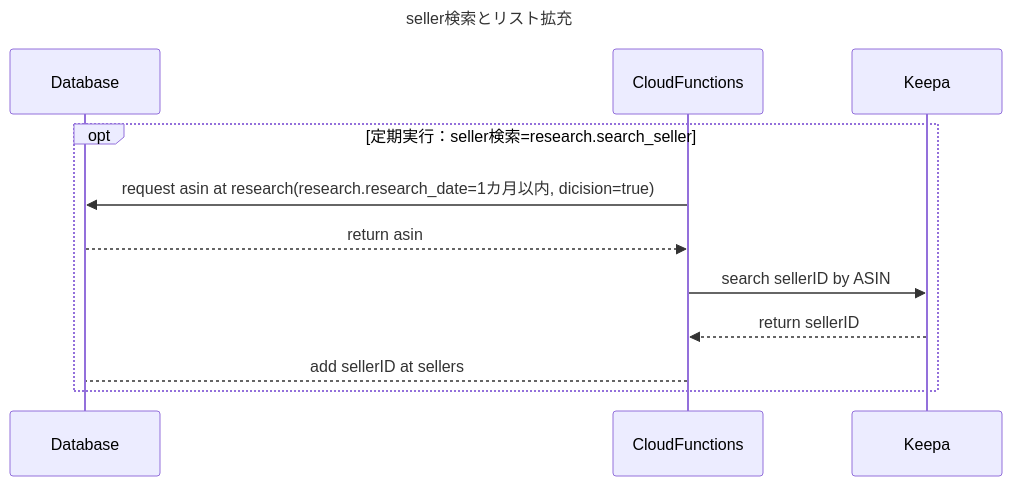
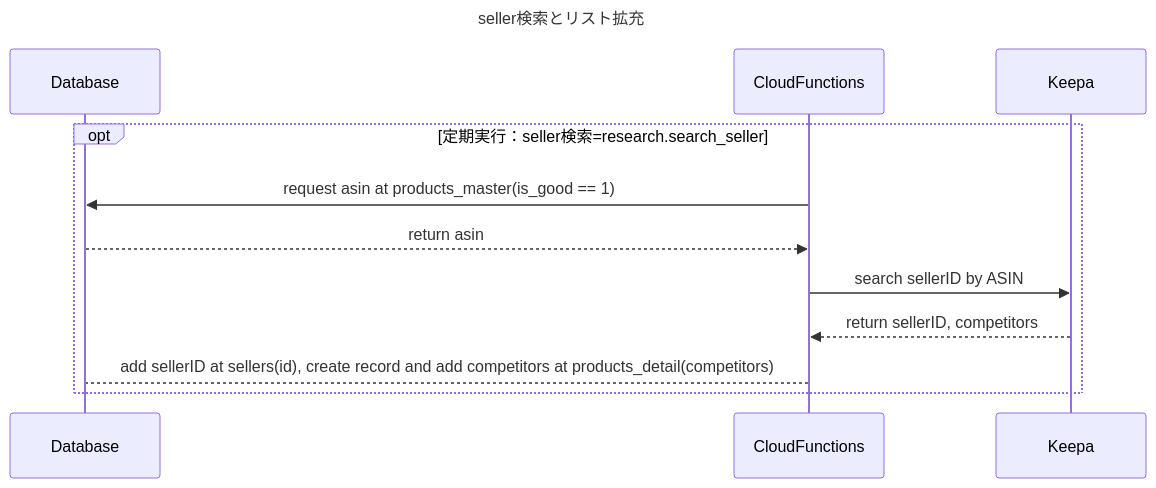
One commit to Hanato238/ASIN_search_dev changed the diagram in SQ/research_SQ_get_sellers.md. Above: the diagram before and after it, drawn with Mermaid. The commit also changed 14 other files, not shown here.

````diff
--- a/SQ/research_SQ_get_sellers.md
+++ b/SQ/research_SQ_get_sellers.md
@@ -1,18 +1,18 @@
 ```mermaid
 ---
 title: 'seller検索とリスト拡充'
 ---
 sequenceDiagram
     participant db as Database
     participant cf as CloudFunctions
     participant keepa as Keepa
 
         opt 定期実行：seller検索=research.search_seller
-            cf ->> db : request asin at research(research.research_date=1カ月以内, dicision=true)
+            cf ->> db : request asin at products_master(is_good == 1)
             db -->> cf : return asin
             cf ->> keepa : search sellerID by ASIN
-            keepa -->> cf : return sellerID
-            cf --> db : add sellerID at sellers
+            keepa -->> cf : return sellerID, competitors
+            cf --> db : add sellerID at sellers(id), create record and add competitors at products_detail(competitors)
         end
 
 ```
````
